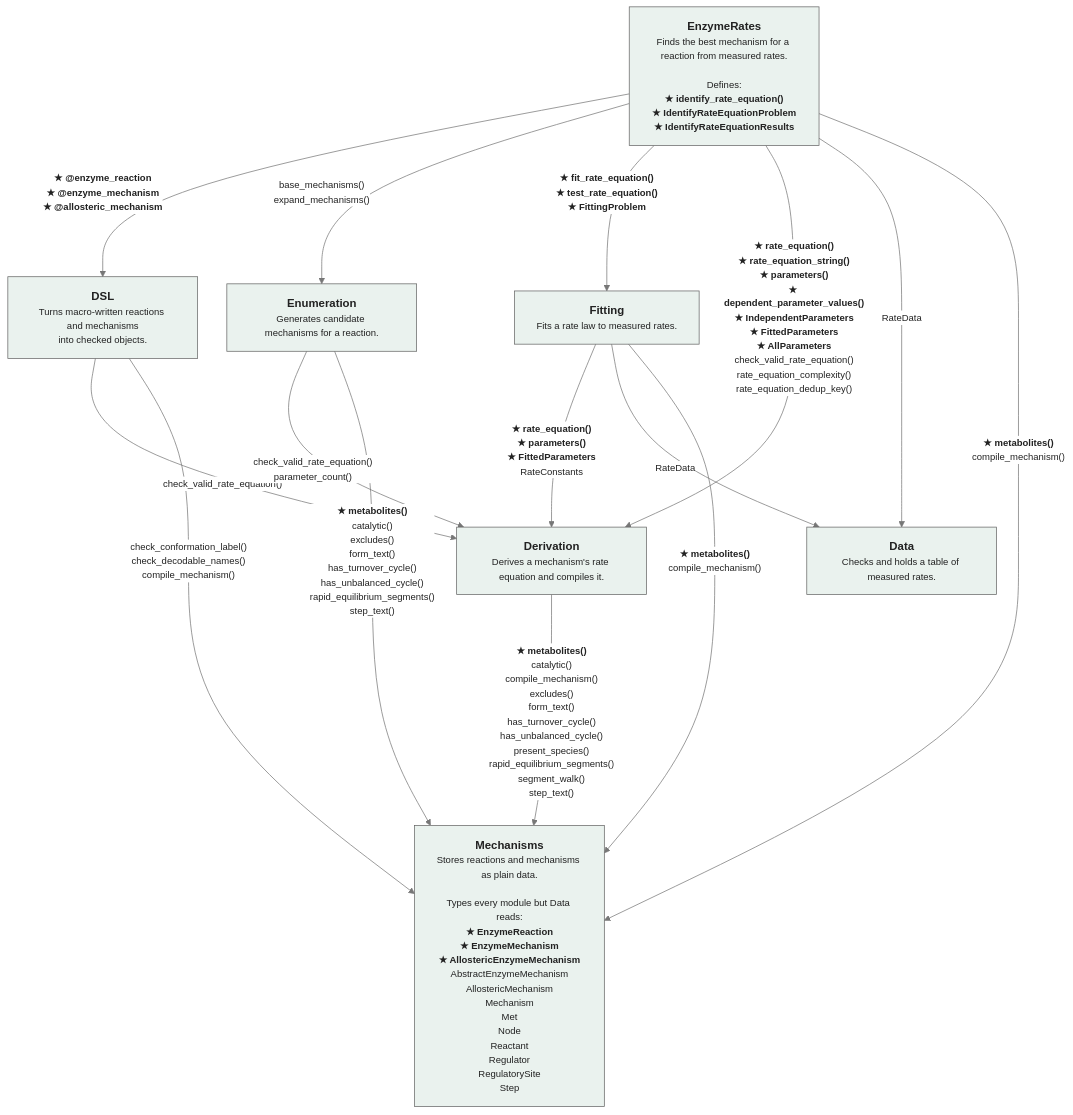
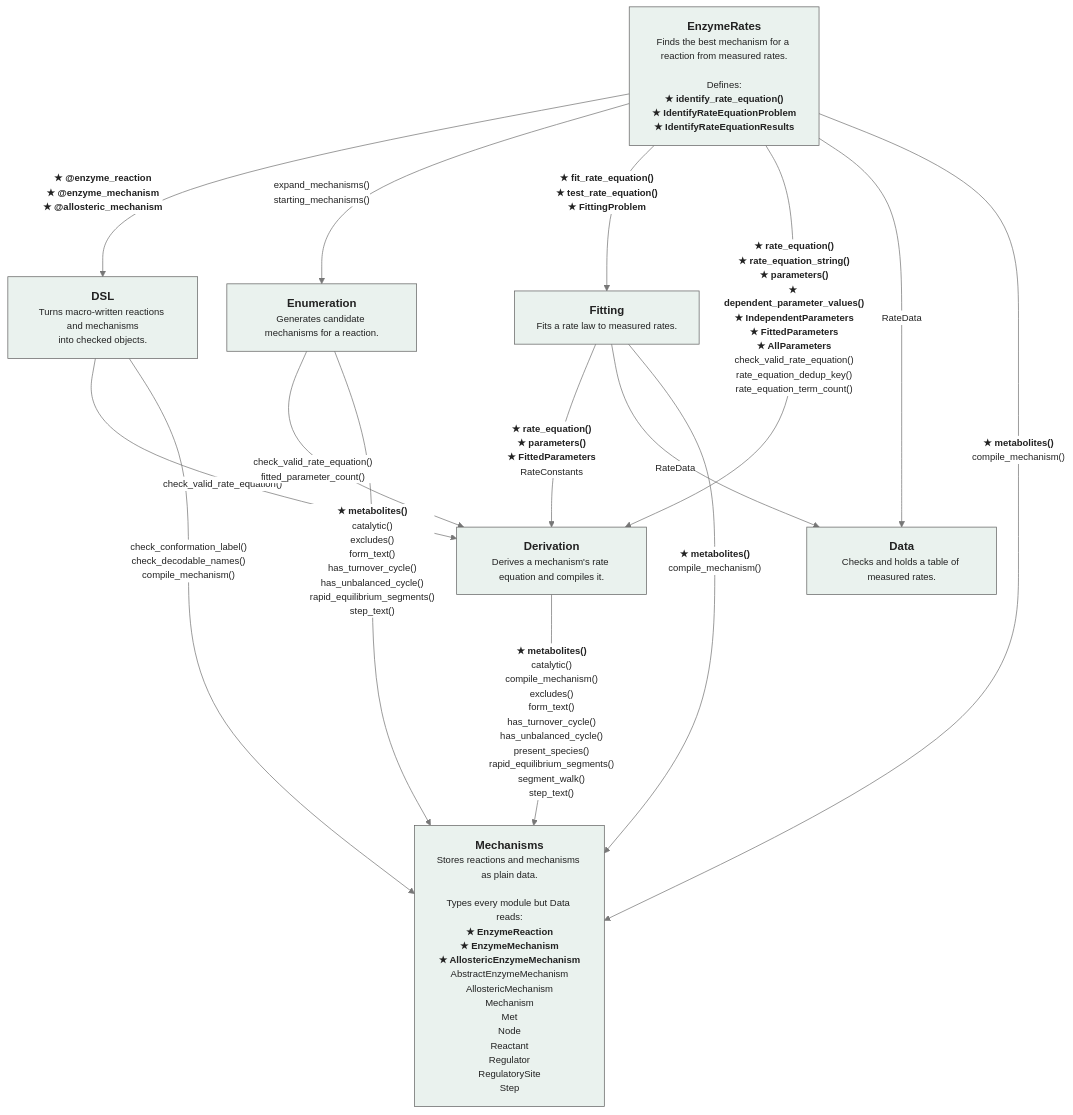
One commit to DenisTitovLab/EnzymeRates.jl changed the diagram in docs/src/developer.md. Above: the diagram before and after it, drawn with Mermaid. The commit also changed other lines of this file and 18 other files, not shown here.

First line of the commit message:
Rename for clarity: check_valid_rate_equation(Bool, m), fitted_parameter_count, starting_mechanisms, rate_equation_term_count

````diff
--- a/docs/src/developer.md
+++ b/docs/src/developer.md
@@ -24,31 +24,31 @@
 ```mermaid
 %%{init: {"theme": "base", "flowchart": {"curve": "basis", "nodeSpacing": 40, "rankSpacing": 70, "htmlLabels": true},
   "themeVariables": {"fontFamily": "Helvetica, Arial, sans-serif", "fontSize": "13px",
   "primaryColor": "#ffffff", "primaryBorderColor": "#666666", "primaryTextColor": "#222222",
   "lineColor": "#777777", "edgeLabelBackground": "#ffffff", "clusterBkg": "#eaf2ee",
   "clusterBorder": "#666666", "titleColor": "#1f4f42"}}}%%
 flowchart TB
   top["<b><big>EnzymeRates</big></b><br/>Finds the best mechanism for a reaction from measured rates.<br/><br/>Defines:<br/><b>★ identify_rate_equation()</b><br/><b>★ IdentifyRateEquationProblem</b><br/><b>★ IdentifyRateEquationResults</b>"]
   dsl["<b><big>DSL</big></b><br/>Turns macro-written reactions and mechanisms<br/>into checked objects."]
   enum["<b><big>Enumeration</big></b><br/>Generates candidate mechanisms for a reaction."]
   fit["<b><big>Fitting</big></b><br/>Fits a rate law to measured rates."]
   der["<b><big>Derivation</big></b><br/>Derives a mechanism's rate equation and compiles it."]
   data["<b><big>Data</big></b><br/>Checks and holds a table of measured rates."]
   mech["<b><big>Mechanisms</big></b><br/>Stores reactions and mechanisms as plain data.<br/><br/>Types every module but Data reads:<br/><b>★ EnzymeReaction</b><br/><b>★ EnzymeMechanism</b><br/><b>★ AllostericEnzymeMechanism</b><br/>AbstractEnzymeMechanism<br/>AllostericMechanism<br/>Mechanism<br/>Met<br/>Node<br/>Reactant<br/>Regulator<br/>RegulatorySite<br/>Step"]
   top -->|"<b>★ @enzyme_reaction</b><br/><b>★ @enzyme_mechanism</b><br/><b>★ @allosteric_mechanism</b>"| dsl
-  top -->|"base_mechanisms()<br/>expand_mechanisms()"| enum
+  top -->|"expand_mechanisms()<br/>starting_mechanisms()"| enum
   top -->|"<b>★ fit_rate_equation()</b><br/><b>★ test_rate_equation()</b><br/><b>★ FittingProblem</b>"| fit
-  top -->|"<b>★ rate_equation()</b><br/><b>★ rate_equation_string()</b><br/><b>★ parameters()</b><br/><b>★ dependent_parameter_values()</b><br/><b>★ IndependentParameters</b><br/><b>★ FittedParameters</b><br/><b>★ AllParameters</b><br/>check_valid_rate_equation()<br/>rate_equation_complexity()<br/>rate_equation_dedup_key()"| der
+  top -->|"<b>★ rate_equation()</b><br/><b>★ rate_equation_string()</b><br/><b>★ parameters()</b><br/><b>★ dependent_parameter_values()</b><br/><b>★ IndependentParameters</b><br/><b>★ FittedParameters</b><br/><b>★ AllParameters</b><br/>check_valid_rate_equation()<br/>rate_equation_dedup_key()<br/>rate_equation_term_count()"| der
   top -->|"RateData"| data
   top -->|"<b>★ metabolites()</b><br/>compile_mechanism()"| mech
   dsl -->|"check_valid_rate_equation()"| der
   dsl -->|"check_conformation_label()<br/>check_decodable_names()<br/>compile_mechanism()"| mech
-  enum -->|"check_valid_rate_equation()<br/>parameter_count()"| der
+  enum -->|"check_valid_rate_equation()<br/>fitted_parameter_count()"| der
   enum -->|"<b>★ metabolites()</b><br/>catalytic()<br/>excludes()<br/>form_text()<br/>has_turnover_cycle()<br/>has_unbalanced_cycle()<br/>rapid_equilibrium_segments()<br/>step_text()"| mech
   fit -->|"<b>★ rate_equation()</b><br/><b>★ parameters()</b><br/><b>★ FittedParameters</b><br/>RateConstants"| der
   fit -->|"RateData"| data
   fit -->|"<b>★ metabolites()</b><br/>compile_mechanism()"| mech
   der -->|"<b>★ metabolites()</b><br/>catalytic()<br/>compile_mechanism()<br/>excludes()<br/>form_text()<br/>has_turnover_cycle()<br/>has_unbalanced_cycle()<br/>present_species()<br/>rapid_equilibrium_segments()<br/>segment_walk()<br/>step_text()"| mech
   classDef mod fill:#eaf2ee,stroke:#666666,color:#222222;
   class top,dsl,enum,fit,der,data,mech mod;
 ```
````
